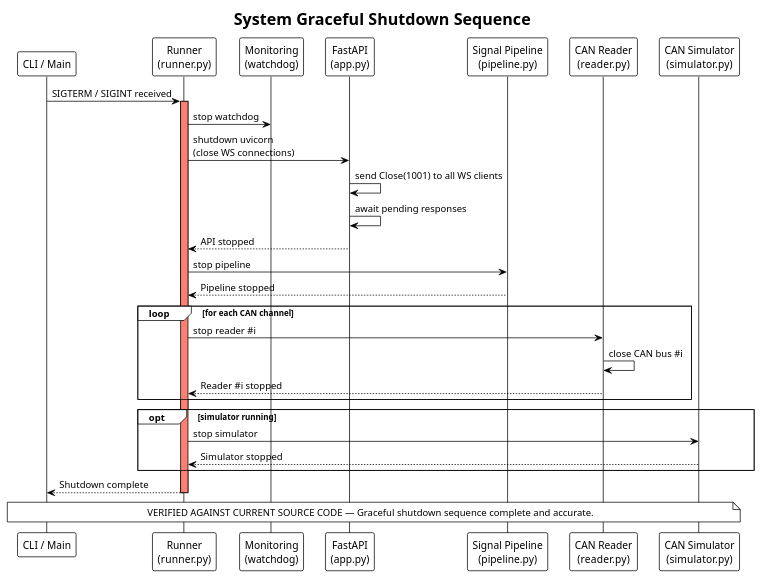
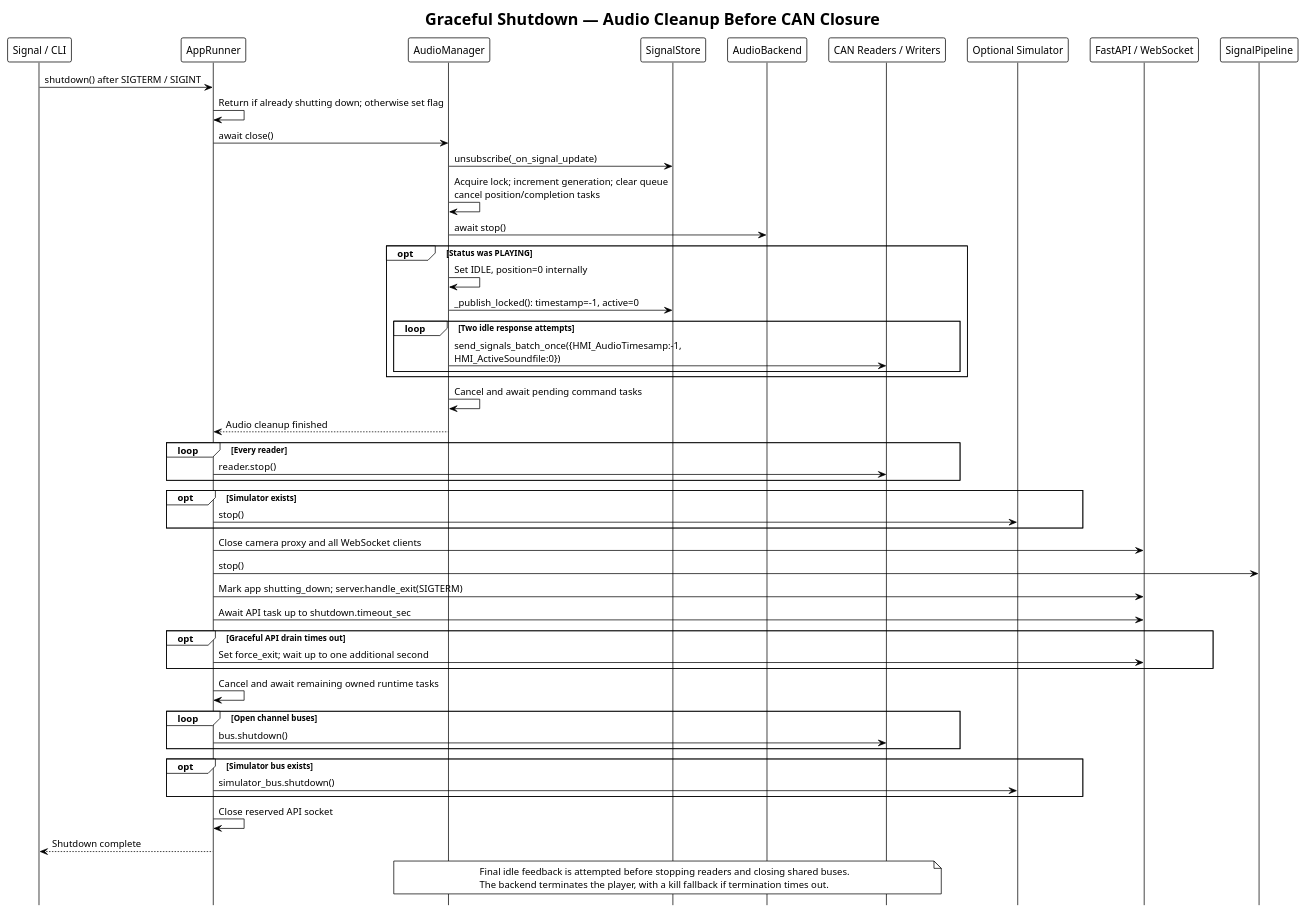
One commit to 3tdn/car-hmi changed the diagram in diagram/SDD/SDD_sequence_boot_shutdown.puml. Above: the diagram before and after it, drawn with PlantUML. The commit also changed 18 other files, not shown here.

First line of the commit message:
Document SEAL audio demo across SAD, SDD, and user docs

```diff
--- a/diagram/SDD/SDD_sequence_boot_shutdown.puml
+++ b/diagram/SDD/SDD_sequence_boot_shutdown.puml
@@ -1,43 +1,59 @@
-@startuml
+@startuml SDD_sequence_boot_shutdown
 !theme plain
-title System Graceful Shutdown Sequence
+title Graceful Shutdown — Audio Cleanup Before CAN Closure
+hide footbox
 
-participant "CLI / Main" as cli
-participant "Runner\n(runner.py)" as runner
-participant "Monitoring\n(watchdog)" as mon
-participant "FastAPI\n(app.py)" as api
-participant "Signal Pipeline\n(pipeline.py)" as pipe
-participant "CAN Reader\n(reader.py)" as reader
-participant "CAN Simulator\n(simulator.py)" as sim
+participant "Signal / CLI" as cli
+participant "AppRunner" as runner
+participant "AudioManager" as audio
+participant "SignalStore" as store
+participant "AudioBackend" as backend
+participant "CAN Readers / Writers" as can
+participant "Optional Simulator" as sim
+participant "FastAPI / WebSocket" as api
+participant "SignalPipeline" as pipeline
 
-cli -> runner : SIGTERM / SIGINT received
-activate runner #salmon
+cli -> runner : shutdown() after SIGTERM / SIGINT
+runner -> runner : Return if already shutting down; otherwise set flag
+runner -> audio : await close()
+audio -> store : unsubscribe(_on_signal_update)
+audio -> audio : Acquire lock; increment generation; clear queue\ncancel position/completion tasks
+audio -> backend : await stop()
+opt Status was PLAYING
+    audio -> audio : Set IDLE, position=0 internally
+    audio -> store : _publish_locked(): timestamp=-1, active=0
+    loop Two idle response attempts
+        audio -> can : send_signals_batch_once({HMI_AudioTimesamp:-1,\nHMI_ActiveSoundfile:0})
+    end
+end
+audio -> audio : Cancel and await pending command tasks
+audio --> runner : Audio cleanup finished
 
-runner -> mon : stop watchdog
-runner -> api : shutdown uvicorn\n(close WS connections)
-api -> api : send Close(1001) to all WS clients
-api -> api : await pending responses
-api --> runner : API stopped
+loop Every reader
+    runner -> can : reader.stop()
+end
+opt Simulator exists
+    runner -> sim : stop()
+end
+runner -> api : Close camera proxy and all WebSocket clients
+runner -> pipeline : stop()
+runner -> api : Mark app shutting_down; server.handle_exit(SIGTERM)
+runner -> api : Await API task up to shutdown.timeout_sec
+opt Graceful API drain times out
+    runner -> api : Set force_exit; wait up to one additional second
+end
+runner -> runner : Cancel and await remaining owned runtime tasks
+loop Open channel buses
+    runner -> can : bus.shutdown()
+end
+opt Simulator bus exists
+    runner -> sim : simulator_bus.shutdown()
+end
+runner -> runner : Close reserved API socket
+runner --> cli : Shutdown complete
 
-runner -> pipe : stop pipeline
-pipe --> runner : Pipeline stopped
-
-loop for each CAN channel
-    runner -> reader : stop reader #i
-    reader -> reader : close CAN bus #i
-    reader --> runner : Reader #i stopped
-end
-
-opt simulator running
-    runner -> sim : stop simulator
-    sim --> runner : Simulator stopped
-end
-
-runner --> cli : Shutdown complete
-deactivate runner
-
-note over cli, sim
-  VERIFIED AGAINST CURRENT SOURCE CODE — Graceful shutdown sequence complete and accurate.
+note over audio, can
+  Final idle feedback is attempted before stopping readers and closing shared buses.
+  The backend terminates the player, with a kill fallback if termination times out.
 end note
-
 @enduml
```
